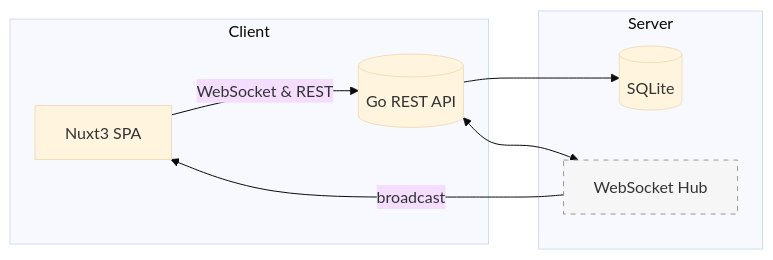
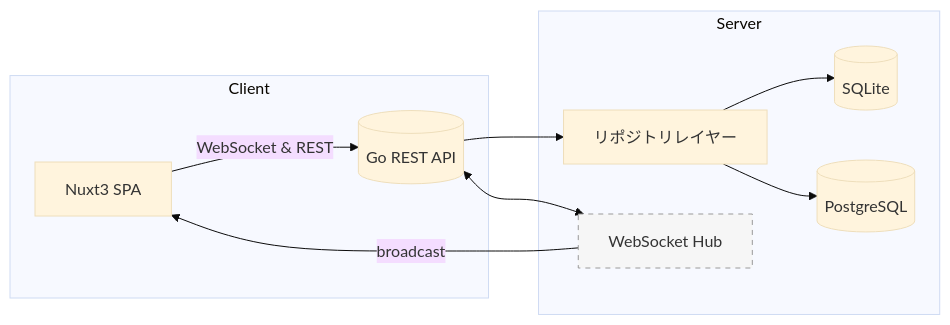
The diagram in DOCS/概要書.md (shimauma0312/module-tickethub), drawn with Mermaid (base theme) before and after one commit. The commit also changed other lines of this file and 55 other files, not shown here.

````diff
--- a/DOCS/概要書.md
+++ b/DOCS/概要書.md
@@ -41,12 +41,14 @@
 ```mermaid
 flowchart LR
     subgraph Client
         U[Nuxt3 SPA] -- WebSocket & REST --> API
     end
     subgraph Server
-        API[(Go REST API)] --> DB[(SQLite)]
+        API[(Go REST API)] --> RL[リポジトリレイヤー]
+        RL --> DB1[(SQLite)]
+        RL --> DB2[(PostgreSQL)]
         API <--> WS[WebSocket Hub]
         WS -->|broadcast| U
     end
     style WS fill:#f6f6f6,stroke:#999,stroke-dasharray: 5 5
 ```
````
